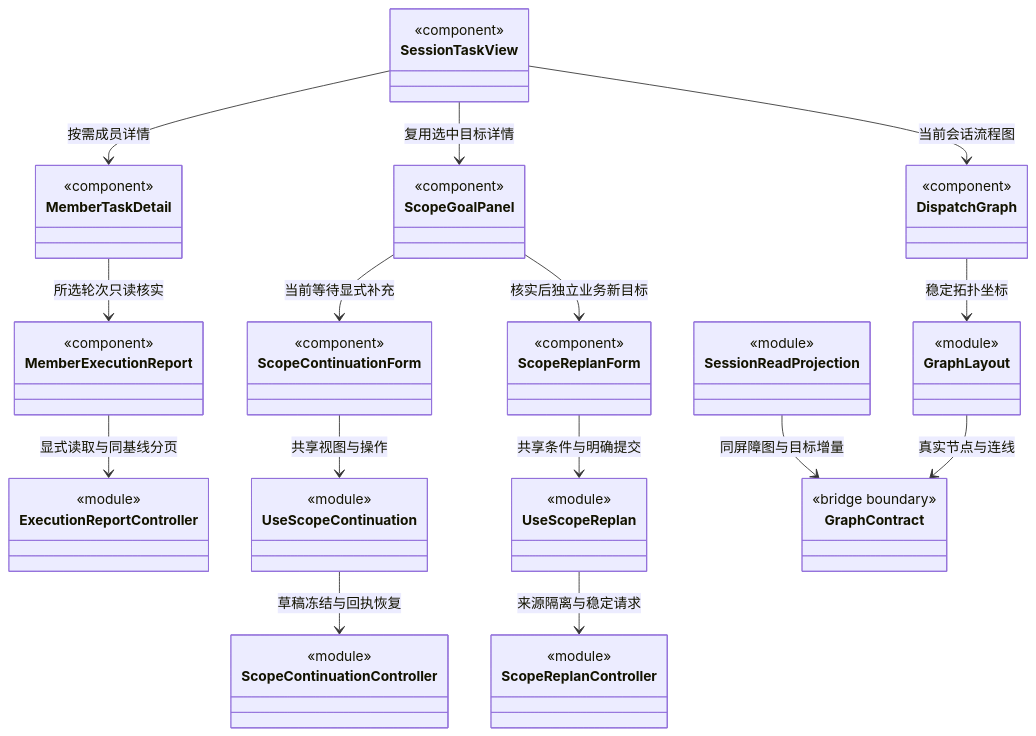
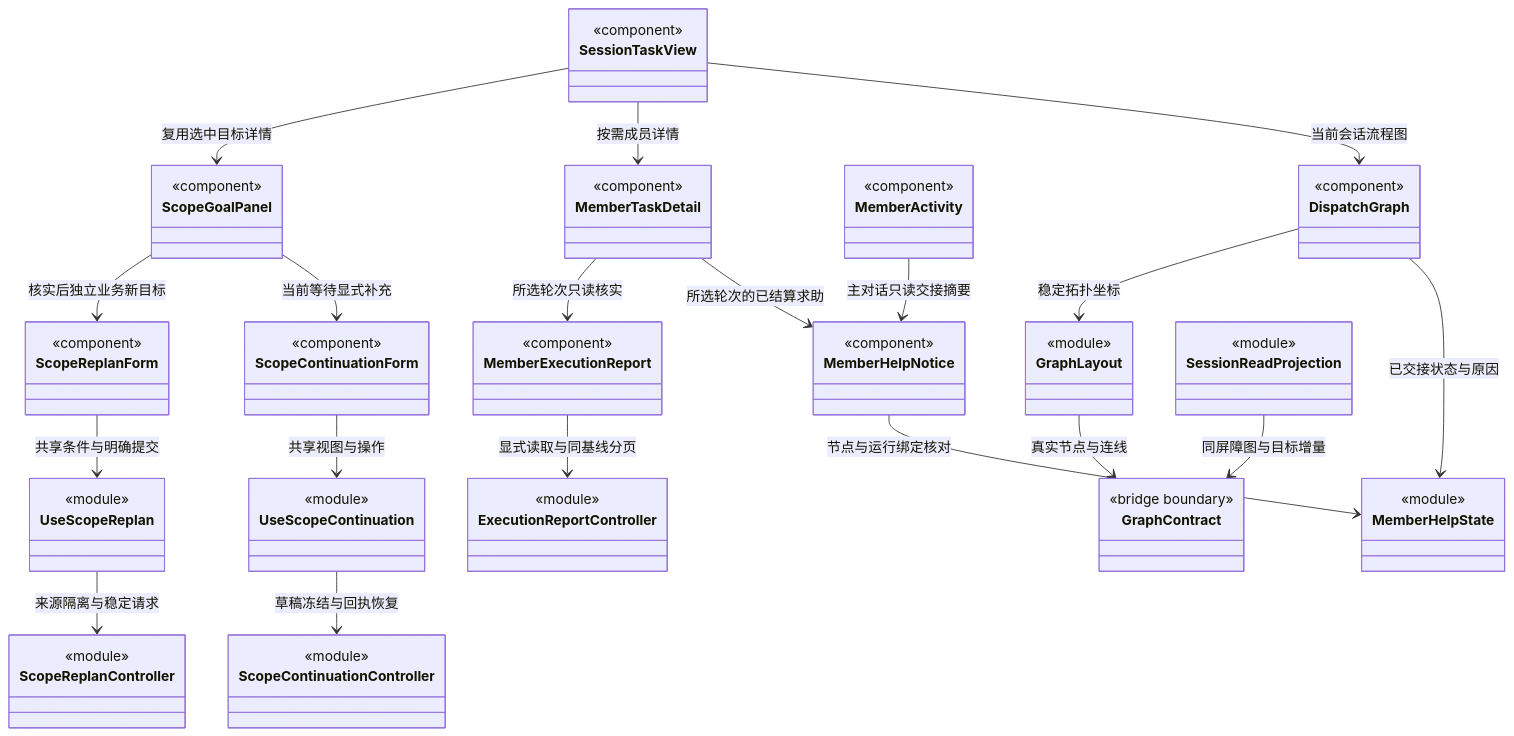
One commit to nan023062/cbim changed the diagram in src/frontend/tasks/CONTRACT.md. Above: the diagram before and after it, drawn with Mermaid. The commit also changed other lines of this file and 47 other files, not shown here.

````diff
--- a/src/frontend/tasks/CONTRACT.md
+++ b/src/frontend/tasks/CONTRACT.md
@@ -124,32 +130,39 @@
 ```mermaid
 classDiagram
 class SessionTaskView { <<component>> }
 class DispatchGraph { <<component>> }
 class GraphLayout { <<module>> }
 class MemberTaskDetail { <<component>> }
+class MemberActivity { <<component>> }
+class MemberHelpNotice { <<component>> }
+class MemberHelpState { <<module>> }
 class MemberExecutionReport { <<component>> }
 class ExecutionReportController { <<module>> }
 class ScopeGoalPanel { <<component>> }
 class ScopeContinuationForm { <<component>> }
 class ScopeContinuationController { <<module>> }
 class UseScopeContinuation { <<module>> }
 class ScopeReplanForm { <<component>> }
 class ScopeReplanController { <<module>> }
 class UseScopeReplan { <<module>> }
 class SessionReadProjection { <<module>> }
 class GraphContract { <<bridge boundary>> }
 SessionTaskView --> DispatchGraph : 当前会话流程图
 SessionTaskView --> MemberTaskDetail : 按需成员详情
+MemberTaskDetail --> MemberHelpNotice : 所选轮次的已结算求助
+MemberActivity --> MemberHelpNotice : 主对话只读交接摘要
+MemberHelpNotice --> MemberHelpState : 节点与运行绑定核对
+DispatchGraph --> MemberHelpState : 已交接状态与原因
 MemberTaskDetail --> MemberExecutionReport : 所选轮次只读核实
 MemberExecutionReport --> ExecutionReportController : 显式读取与同基线分页
 SessionTaskView --> ScopeGoalPanel : 复用选中目标详情
 ScopeGoalPanel --> ScopeContinuationForm : 当前等待显式补充
 ScopeContinuationForm --> UseScopeContinuation : 共享视图与操作
 UseScopeContinuation --> ScopeContinuationController : 草稿冻结与回执恢复
 ScopeGoalPanel --> ScopeReplanForm : 核实后独立业务新目标
 ScopeReplanForm --> UseScopeReplan : 共享条件与明确提交
 UseScopeReplan --> ScopeReplanController : 来源隔离与稳定请求
 SessionReadProjection --> GraphContract : 同屏障图与目标增量
 DispatchGraph --> GraphLayout : 稳定拓扑坐标
 GraphLayout --> GraphContract : 真实节点与连线
 ```
````
